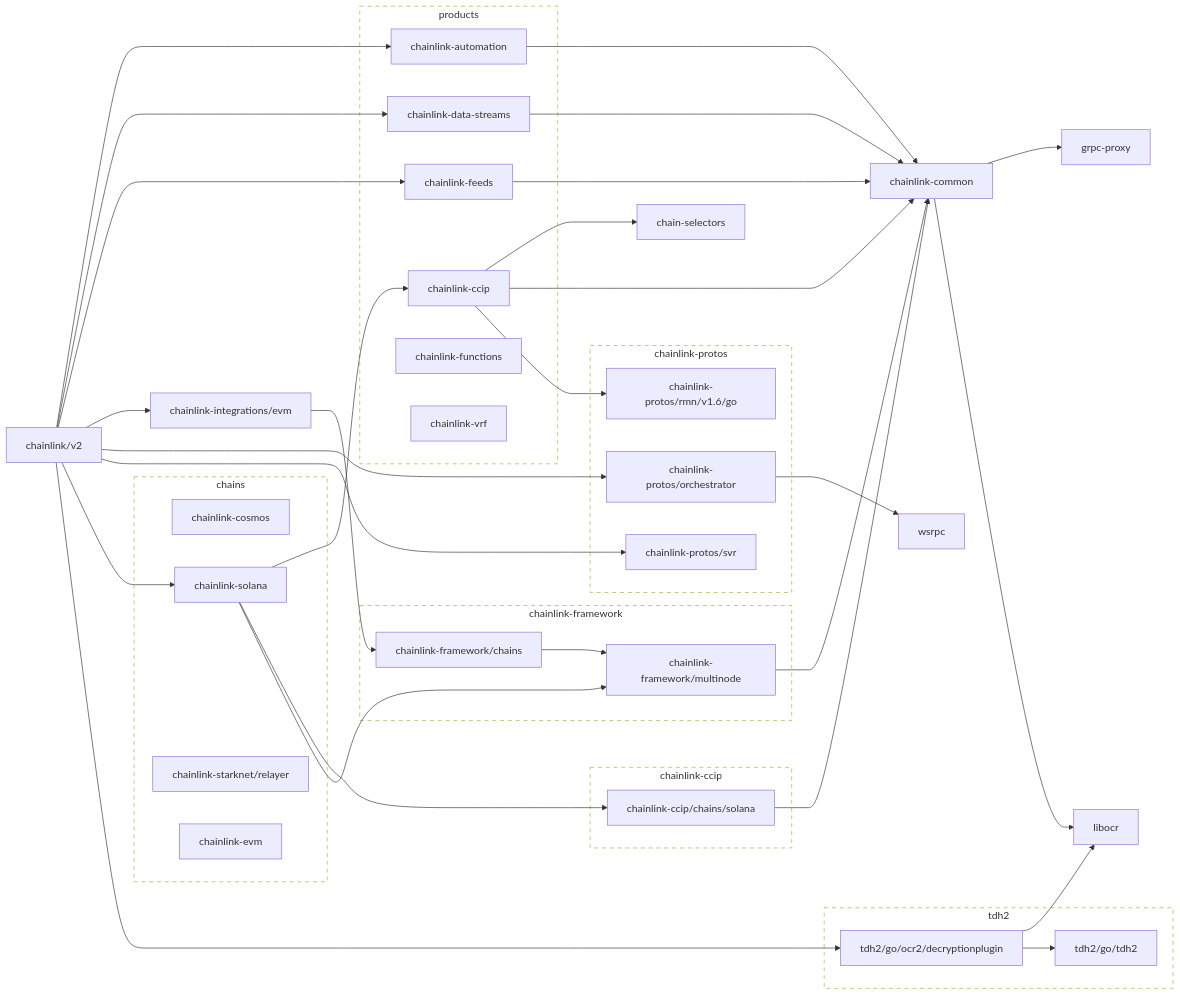
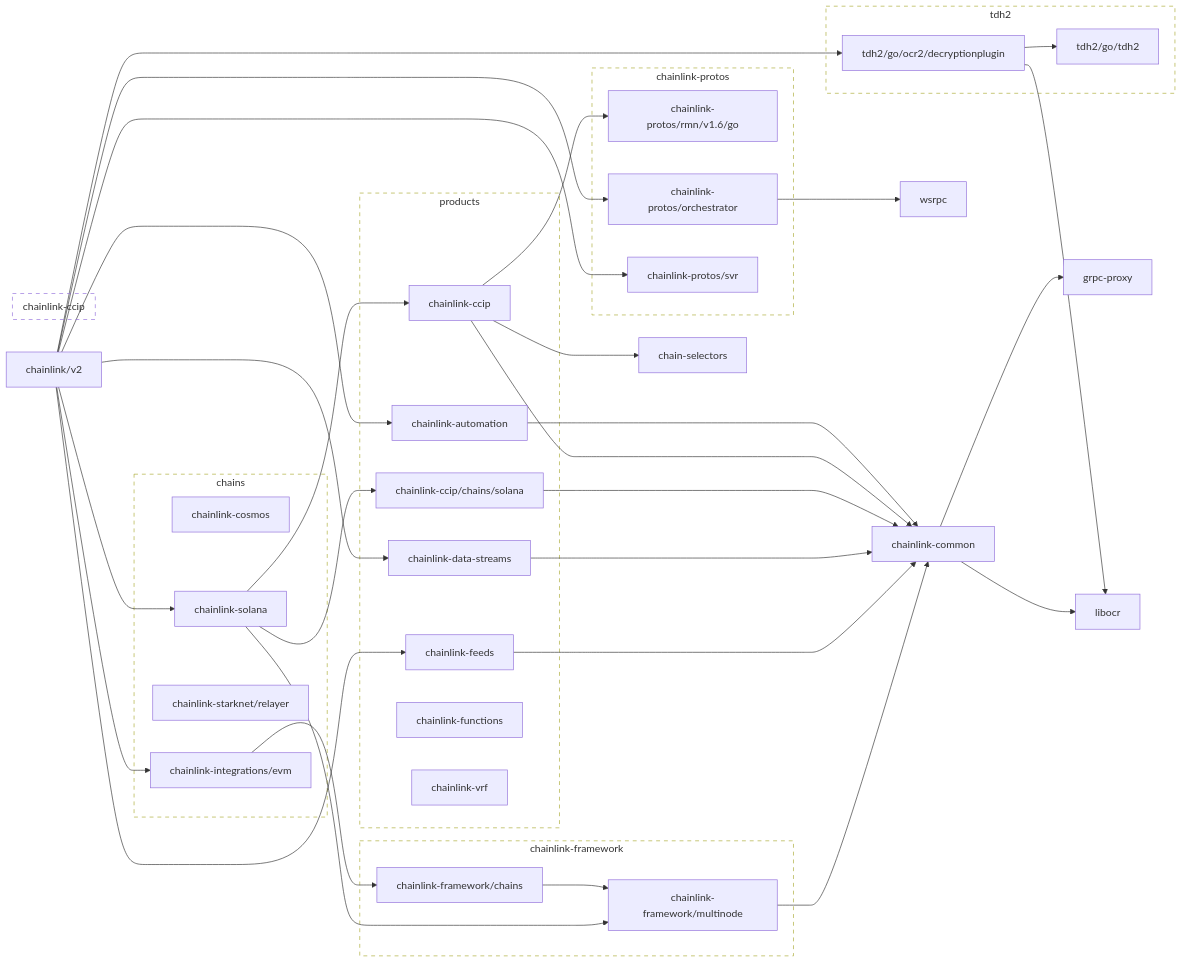
Before and after one commit to smartcontractkit/chainlink: the first of 2 diagrams in go.md, drawn with Mermaid. The commit also changed other lines of this file and 1 other file, not shown here.

Commit message:
update modgraph

```diff
--- a/go.md
+++ b/go.md
@@ -6,12 +6,13 @@
     chainlink-cosmos
     chainlink-solana
     chainlink-starknet/relayer
-    chainlink-evm
+    chainlink-integrations/evm
   end
 
   subgraph products
     chainlink-automation
     chainlink-ccip
+    chainlink-ccip/chains/solana
     chainlink-data-streams
     chainlink-feeds
     chainlink-functions
```
